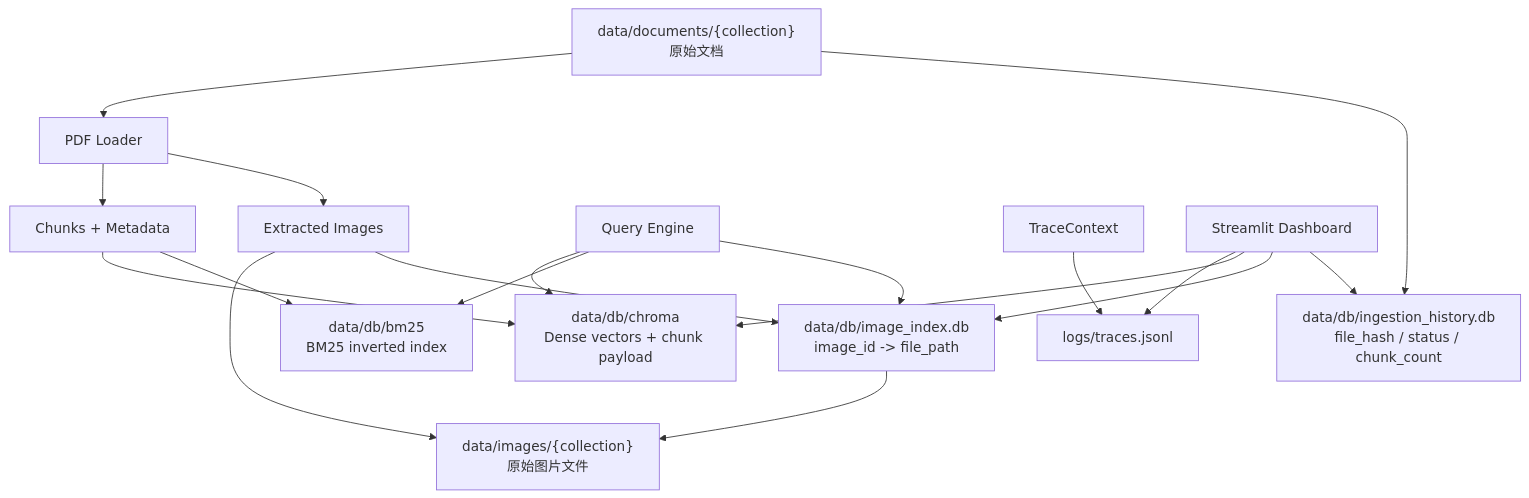
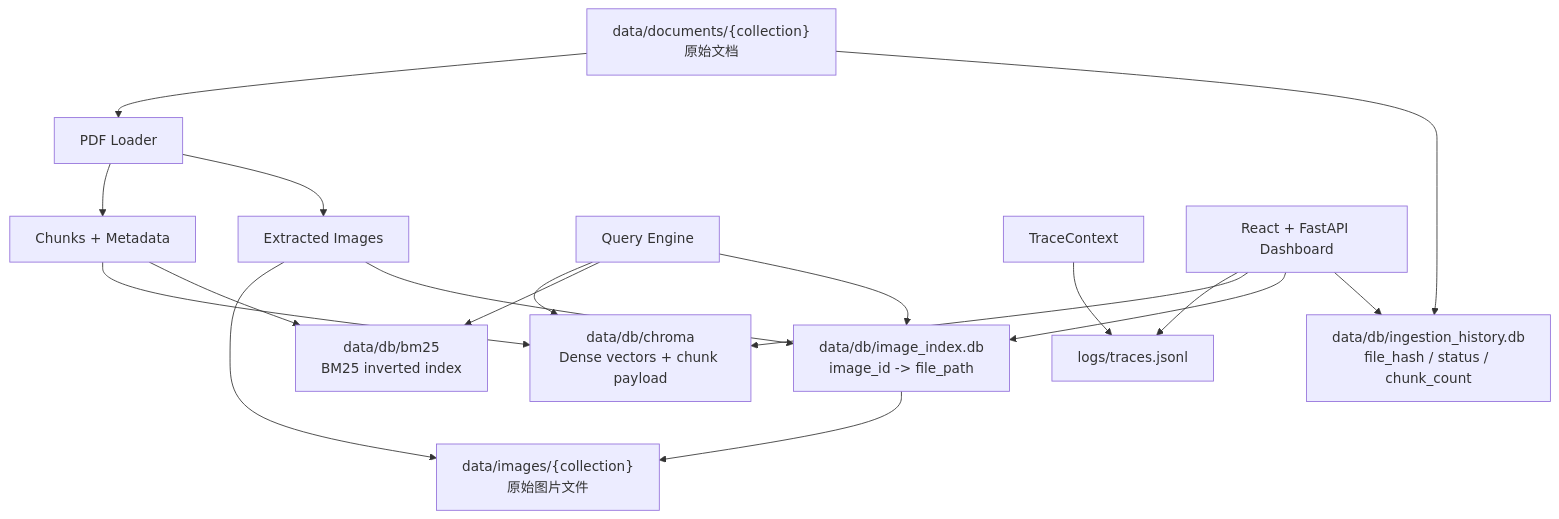
Before and after one commit to CHZarles/modular-rag-mcp: the sixth of 9 diagrams in ARCHITECTURE_DIAGRAMS.md, drawn with Mermaid. The commit also changed other lines of this file and 28 other files, not shown here.

````diff
--- a/ARCHITECTURE_DIAGRAMS.md
+++ b/ARCHITECTURE_DIAGRAMS.md
@@ -374,24 +374,24 @@
 ```mermaid
 flowchart TB
   docs["data/documents/{collection}<br/>原始文档"] --> loader["PDF Loader"]
   loader --> chunks["Chunks + Metadata"]
   loader --> images_raw["Extracted Images"]
 
   chunks --> chroma["data/db/chroma<br/>Dense vectors + chunk payload"]
   chunks --> bm25["data/db/bm25<br/>BM25 inverted index"]
   images_raw --> image_files["data/images/{collection}<br/>原始图片文件"]
   images_raw --> image_db["data/db/image_index.db<br/>image_id -> file_path"]
 
   docs --> history["data/db/ingestion_history.db<br/>file_hash / status / chunk_count"]
 
   query["Query Engine"] --> chroma
   query --> bm25
   query --> image_db
   image_db --> image_files
 
   trace["TraceContext"] --> trace_logs["logs/traces.jsonl"]
-  dashboard["Streamlit Dashboard"] --> trace_logs
+  dashboard["React + FastAPI Dashboard"] --> trace_logs
   dashboard --> chroma
   dashboard --> image_db
   dashboard --> history
 ```
````
